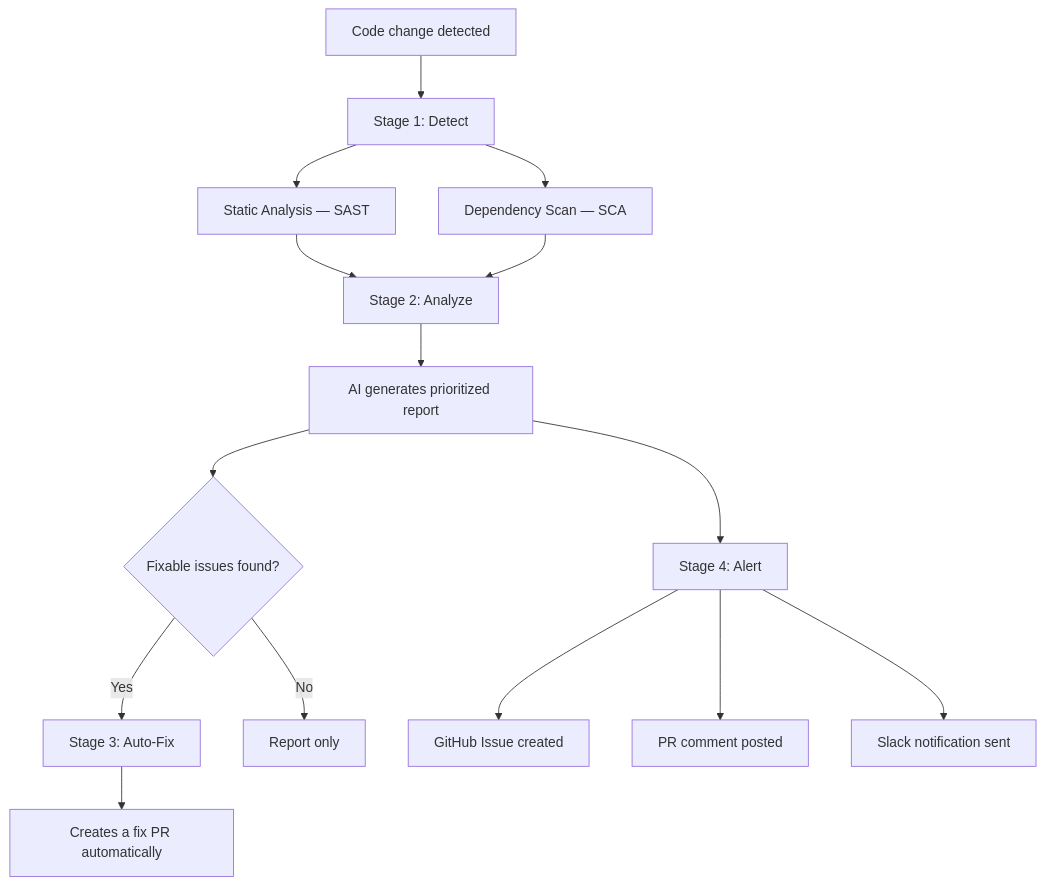
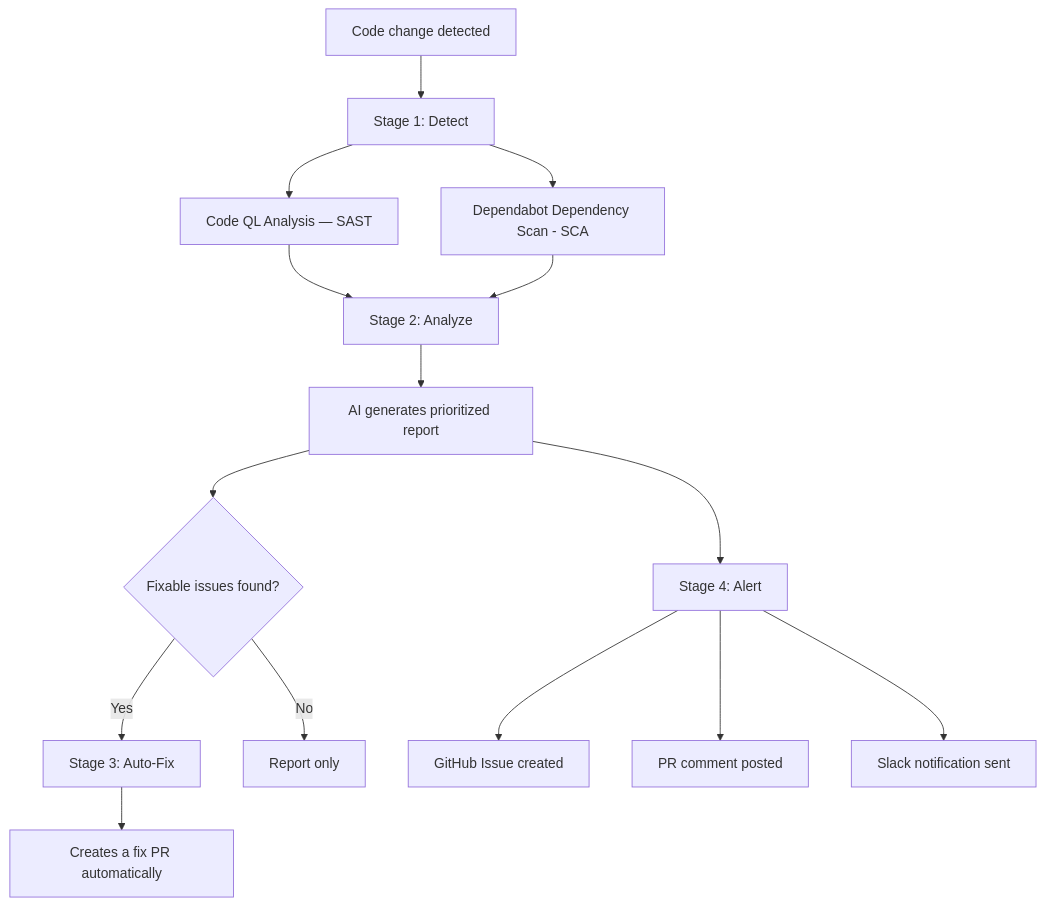
One commit to guycaseneuve/Agenctic-AI-Powered-Workflows changed the second of 2 diagrams in DEMO-EXECUTIVE-SUMMARY.md. Above: the diagram before and after it, drawn with Mermaid. The commit also changed other lines of this file, not shown here.

````diff
--- a/DEMO-EXECUTIVE-SUMMARY.md
+++ b/DEMO-EXECUTIVE-SUMMARY.md
@@ -38,17 +40,17 @@
 ```mermaid
 flowchart TD
     A[Code change detected] --> B[Stage 1: Detect]
-    B --> C[Static Analysis — SAST]
-    B --> D[Dependency Scan — SCA]
+    B --> C[Code QL Analysis — SAST]
+    B --> D[Dependabot Dependency Scan - SCA]
     C --> E[Stage 2: Analyze]
     D --> E
     E --> F[AI generates prioritized report]
     F --> G{Fixable issues found?}
     G -->|Yes| H[Stage 3: Auto-Fix]
     H --> I[Creates a fix PR automatically]
     G -->|No| J[Report only]
     F --> K[Stage 4: Alert]
     K --> L[GitHub Issue created]
     K --> M[PR comment posted]
     K --> N[Slack notification sent]
 ```
````
